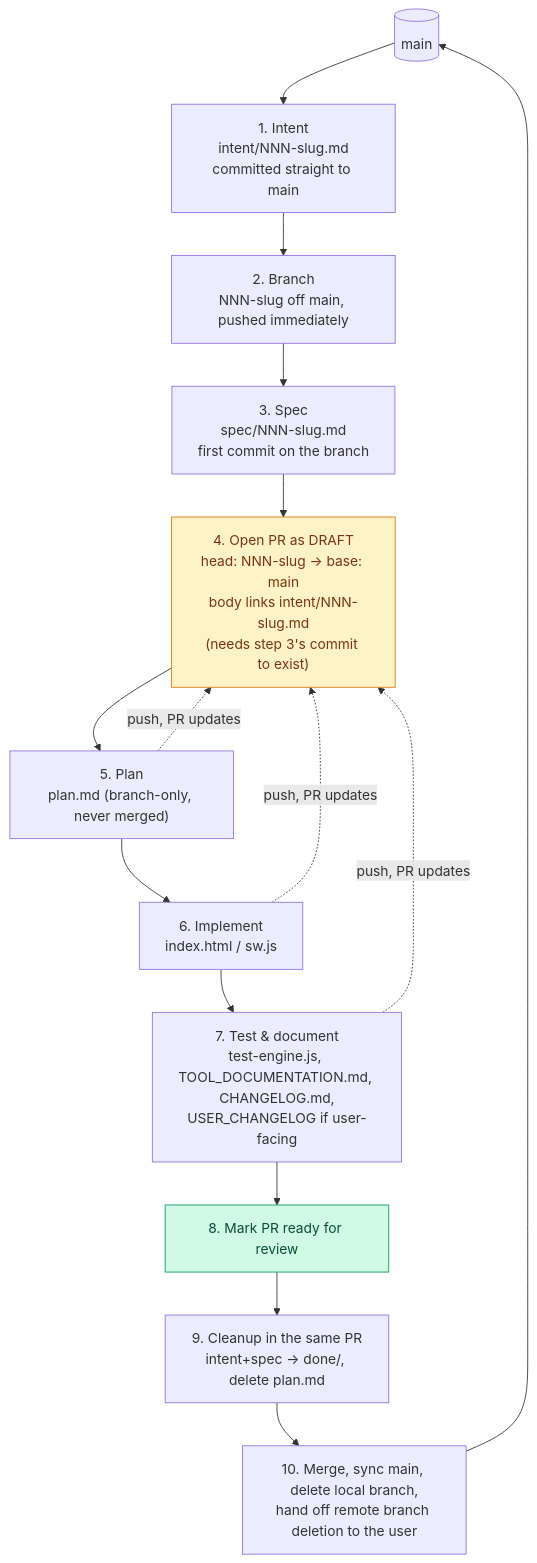
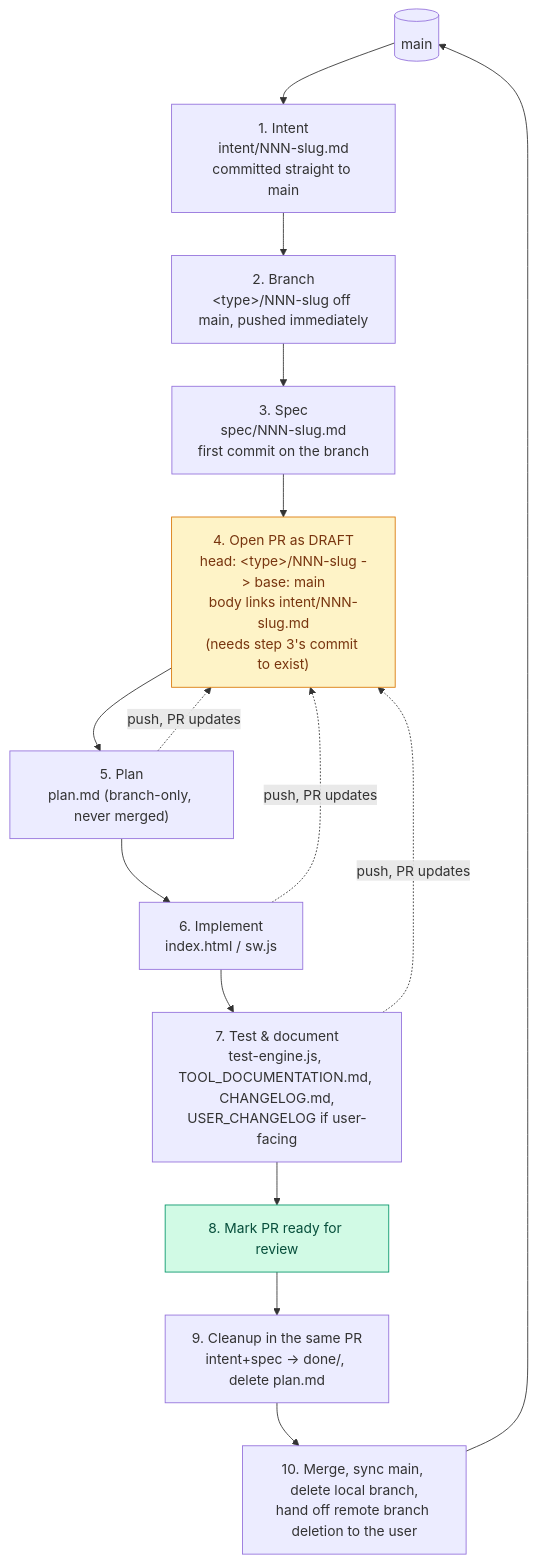
One commit to aggallim/retirement-planner changed the diagram in CONTRIBUTING.md. Above: the diagram before and after it, drawn with Mermaid. The commit also changed other lines of this file and 9 other files, not shown here.

First line of the commit message:
Implement dev workflow improvements: Conventional Branch, branch protection docs, grill-me intent gathering, repo skills

````diff
--- a/CONTRIBUTING.md
+++ b/CONTRIBUTING.md
@@ -84,26 +92,26 @@
 ```mermaid
 flowchart TD
     Main[("main")]
     Intent["1. Intent\nintent/NNN-slug.md\ncommitted straight to main"]
-    Branch["2. Branch\nNNN-slug off main, pushed immediately"]
+    Branch["2. Branch\n&lt;type&gt;/NNN-slug off main, pushed immediately"]
     Spec["3. Spec\nspec/NNN-slug.md\nfirst commit on the branch"]
-    PR["4. Open PR as DRAFT\nhead: NNN-slug -> base: main\nbody links intent/NNN-slug.md\n(needs step 3's commit to exist)"]
+    PR["4. Open PR as DRAFT\nhead: &lt;type&gt;/NNN-slug -> base: main\nbody links intent/NNN-slug.md\n(needs step 3's commit to exist)"]
     Plan["5. Plan\nplan.md (branch-only, never merged)"]
     Impl["6. Implement\nindex.html / sw.js"]
     Docs["7. Test & document\ntest-engine.js, TOOL_DOCUMENTATION.md, CHANGELOG.md,\nUSER_CHANGELOG if user-facing"]
     Ready["8. Mark PR ready for review"]
     Cleanup["9. Cleanup in the same PR\nintent+spec -> done/, delete plan.md"]
     Merge["10. Merge, sync main, delete local branch,\nhand off remote branch deletion to the user"]
 
     Main --> Intent --> Branch --> Spec --> PR
     PR --> Plan --> Impl --> Docs --> Ready --> Cleanup --> Merge --> Main
 
     Plan -. push, PR updates .-> PR
     Impl -. push, PR updates .-> PR
     Docs -. push, PR updates .-> PR
 
     classDef pr fill:#fef3c7,stroke:#d97706,color:#78350f;
     classDef ready fill:#d1fae5,stroke:#059669,color:#064e3b;
     class PR pr;
     class Ready ready;
 ```
````
